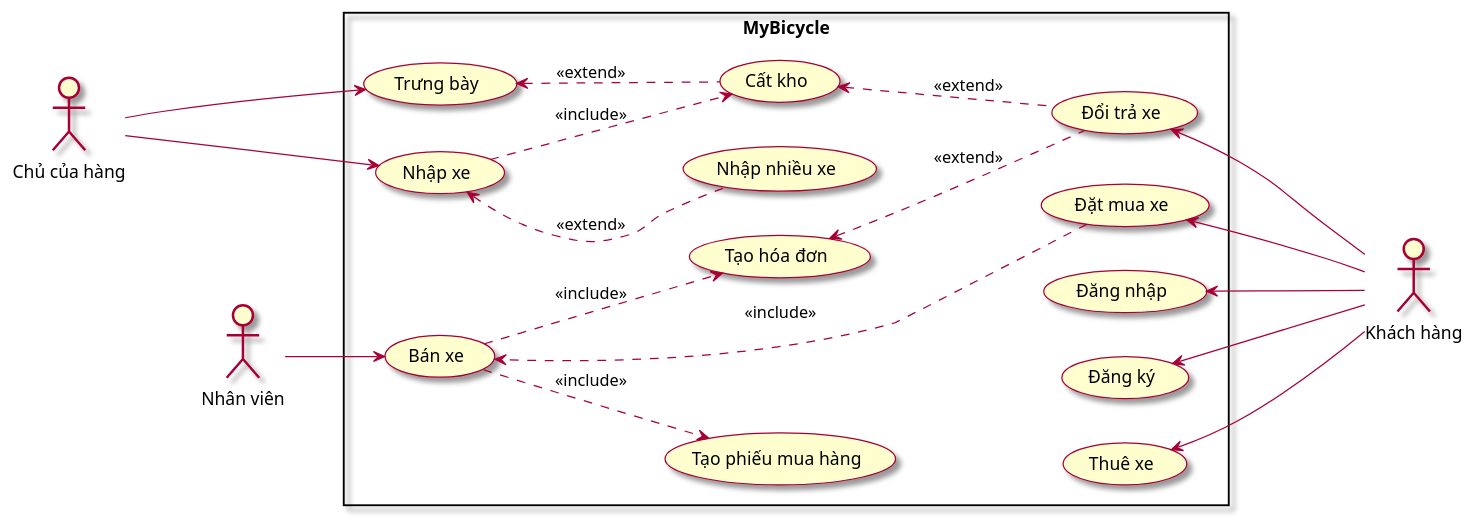
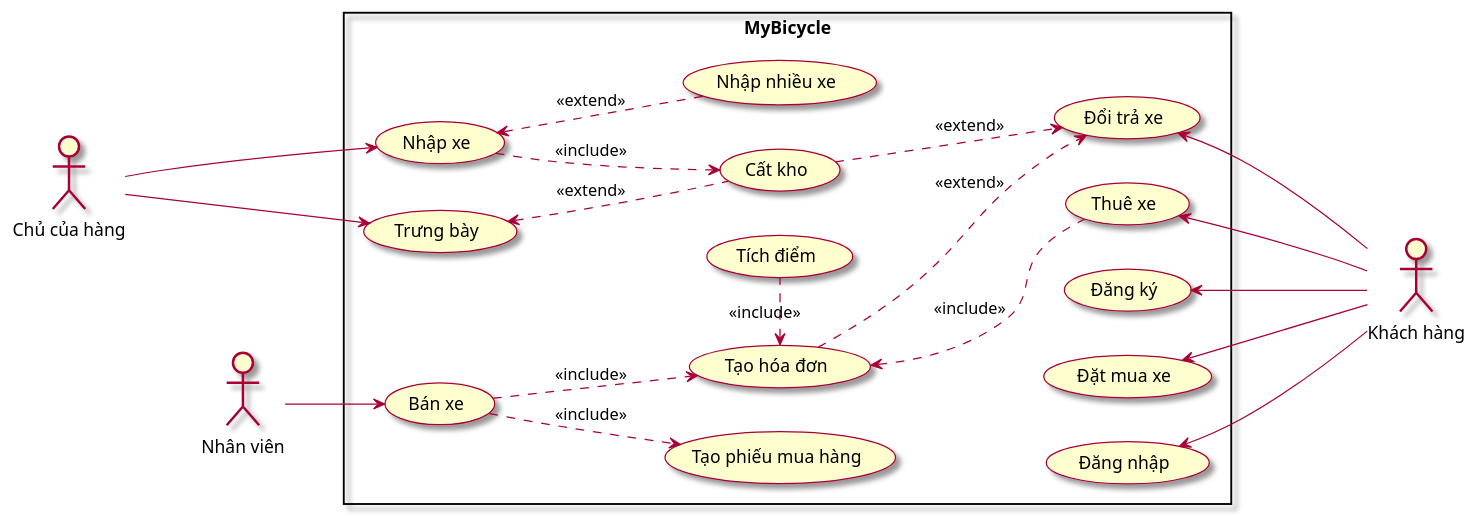
Before and after one commit to Marowota/SE100-plantuml: the diagram in excercise/uc.puml, drawn with PlantUML.

Commit message:
done usecase

```diff
--- a/excercise/uc.puml
+++ b/excercise/uc.puml
@@ -1,53 +1,56 @@
 @startuml MyBicycle
 skin rose
 left to right direction
 
 actor "Chủ của hàng" as owner
 actor "Khách hàng" as customer
 actor "Nhân viên" as staff
 
 rectangle MyBicycle {
     usecase "Trưng bày" as trungBay
     usecase "Nhập xe" as nhapXe
     usecase "Bán xe" as banXe
     usecase "Thuê xe" as thueXe
     usecase "Đặt mua xe" as muaXe
     usecase "Đổi trả xe" as doiTraXe
     ' usecase "Trả xe" as traXe
     ' usecase "Đổi xe" as doiXe
     usecase "Đăng nhập" as dangNhap
     usecase "Đăng ký" as dangKy
     usecase "Tạo phiếu mua hàng" as taoPhieuMuaHang
     usecase "Tạo hóa đơn" as taoHoaDon
     usecase "Cất kho" as catKho
     usecase "Nhập nhiều xe" as nhapNhieuXe
+    usecase "Tích điểm" as tichDiem
+    
 }
 
 owner ---> (nhapXe)
 (nhapXe) ..> (catKho): <<include>>
 (nhapXe) <.. (nhapNhieuXe): <<extend>>
 owner ---> (trungBay)
 (trungBay) <.. (catKho): <<extend>>
 
-(muaXe) ...> (banXe): <<include>>
-(thueXe) <--- customer
+' (taoPhieuMuaHang) <.. (muaXe): <<include>>
+(thueXe) <-- customer
+(taoHoaDon) <.. (thueXe): <<include>>
+(taoHoaDon) <. (tichDiem): <<include>>
 (muaXe) <--- customer
-(doiTraXe) <--- customer
-(catKho) <.. (doiTraXe): <<extend>>
-(taoHoaDon) <.. (doiTraXe): <<extend>>
+(doiTraXe) <-- customer
+(catKho) ..> (doiTraXe): <<extend>>
+(taoHoaDon) ..> (doiTraXe): <<extend>>
 (dangKy) <--- customer
 (dangNhap) <--- customer
 
 (taoPhieuMuaHang) -[hidden]-> (muaXe)
-(taoPhieuMuaHang) -[hidden]-> (thueXe)
 (taoPhieuMuaHang) -[hidden]-> (dangNhap)
 (taoPhieuMuaHang) -[hidden]-> (dangKy)
 
 staff --> (banXe)
 (banXe) ..> (taoPhieuMuaHang): <<include>>
 (banXe) ..> (taoHoaDon): <<include>>
 
 
 
 
 @enduml
```
